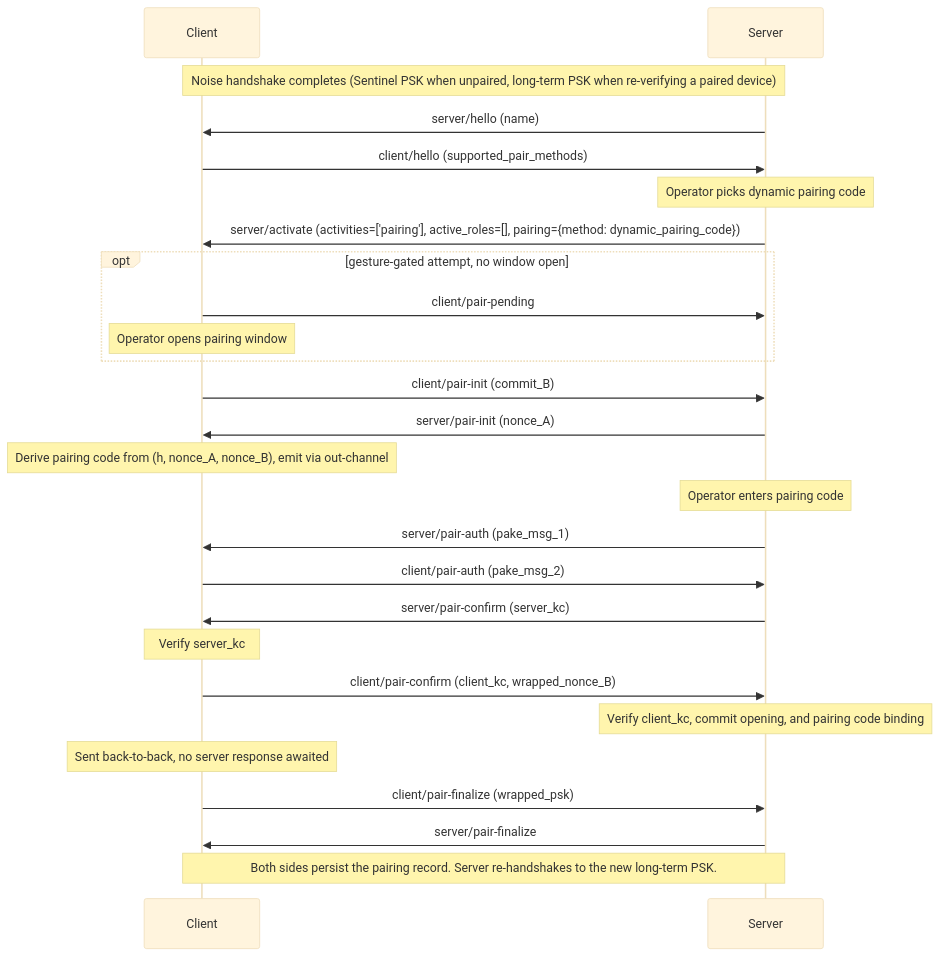
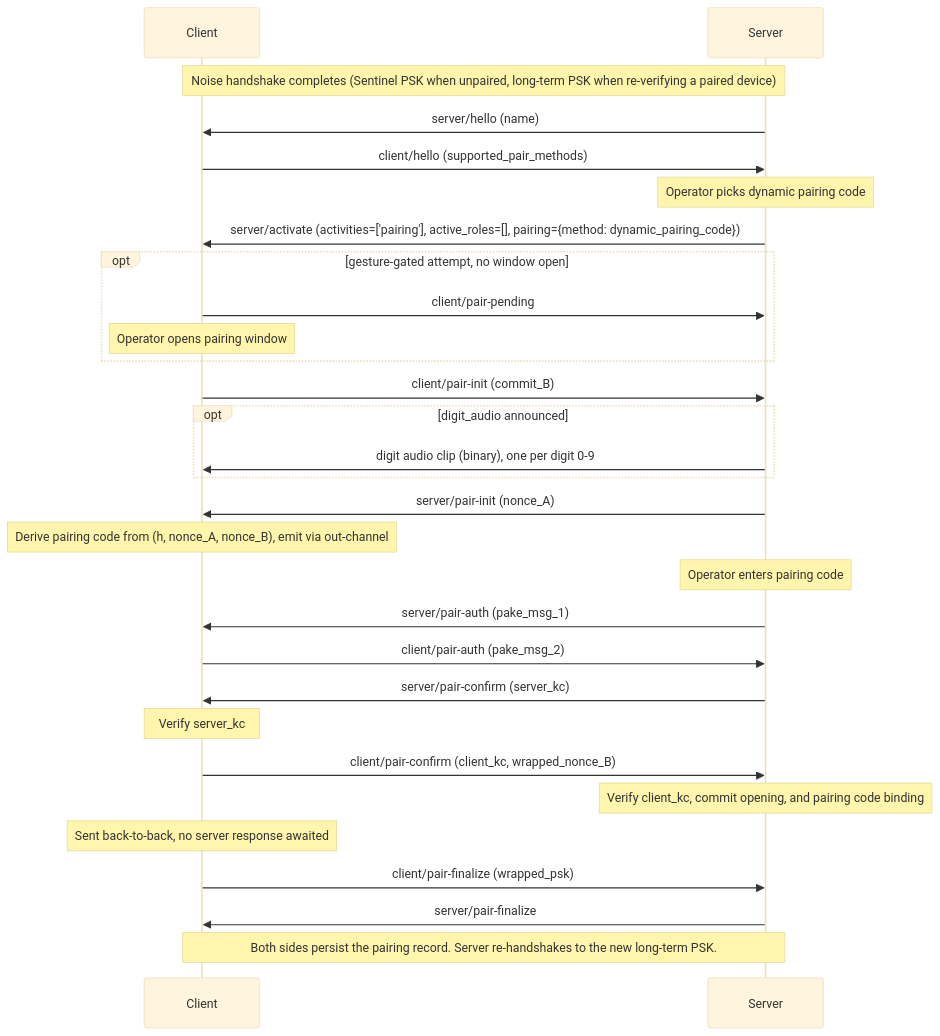
One commit to Resonate-Protocol/spec changed the third of 4 diagrams in README.md. Above: the diagram before and after it, drawn with Mermaid (base theme). The commit also changed other lines of this file and 2 other files, not shown here.

Commit message:
Deliver spoken pairing-code digits as server-supplied audio pack

````diff
--- a/README.md
+++ b/README.md
@@ -817,30 +823,33 @@
 ```mermaid
 sequenceDiagram
     participant Client
     participant Server
 
     Note over Client,Server: Noise handshake completes (Sentinel PSK when unpaired, long-term PSK when re-verifying a paired device)
 
     Server->>Client: server/hello (name)
     Client->>Server: client/hello (supported_pair_methods)
     Note over Server: Operator picks dynamic pairing code
     Server->>Client: server/activate (activities=['pairing'], active_roles=[], pairing={method: dynamic_pairing_code})
     opt gesture-gated attempt, no window open
         Client->>Server: client/pair-pending
         Note over Client: Operator opens pairing window
     end
     Client->>Server: client/pair-init (commit_B)
+    opt digit_audio announced
+        Server->>Client: digit audio clip (binary), one per digit 0-9
+    end
     Server->>Client: server/pair-init (nonce_A)
     Note over Client: Derive pairing code from (h, nonce_A, nonce_B), emit via out-channel
     Note over Server: Operator enters pairing code
     Server->>Client: server/pair-auth (pake_msg_1)
     Client->>Server: client/pair-auth (pake_msg_2)
     Server->>Client: server/pair-confirm (server_kc)
     Note over Client: Verify server_kc
     Client->>Server: client/pair-confirm (client_kc, wrapped_nonce_B)
     Note over Server: Verify client_kc, commit opening, and pairing code binding
     Note over Client: Sent back-to-back, no server response awaited
     Client->>Server: client/pair-finalize (wrapped_psk)
     Server->>Client: server/pair-finalize
     Note over Client,Server: Both sides persist the pairing record. Server re-handshakes to the new long-term PSK.
 ```
````
